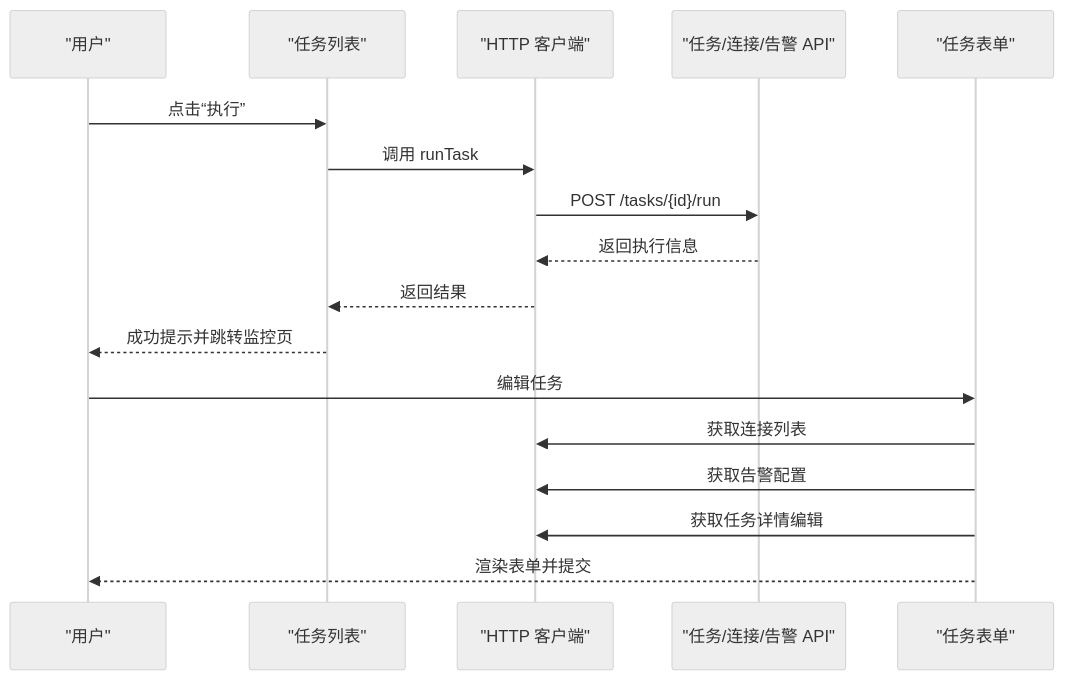
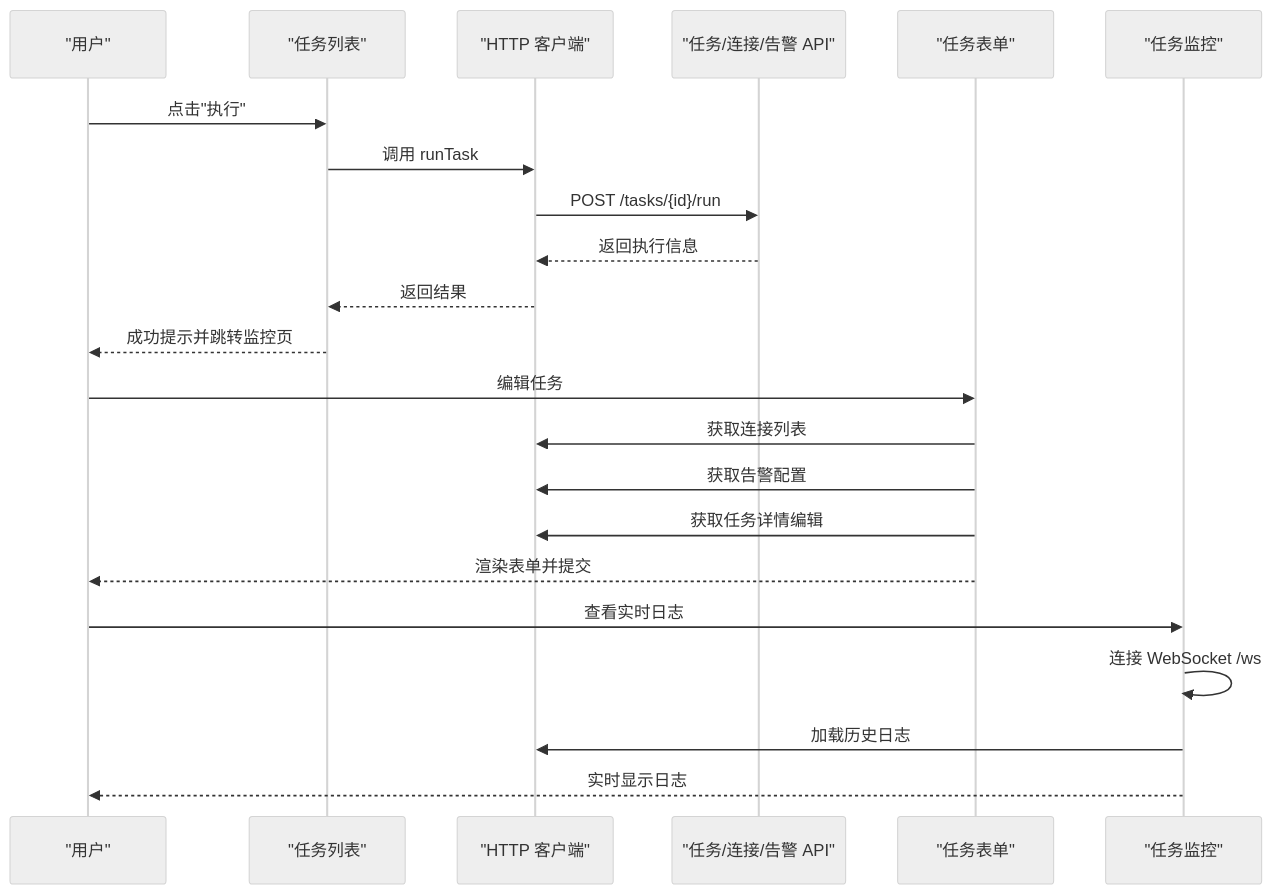
The sixth of 7 diagrams in .qoder/repowiki/zh/content/前端应用架构/前端应用架构.md (zzjxmy/mysql-risk-filed-check), drawn with Mermaid (neutral theme) before and after one commit. The commit also changed other lines of this file and 4 other files, not shown here.

````diff
--- a/.qoder/repowiki/zh/content/前端应用架构/前端应用架构.md
+++ b/.qoder/repowiki/zh/content/前端应用架构/前端应用架构.md
@@ -296,19 +323,24 @@
 ```mermaid
 sequenceDiagram
 participant U as "用户"
 participant TL as "任务列表"
 participant AX as "HTTP 客户端"
 participant API as "任务/连接/告警 API"
 participant TF as "任务表单"
-U->>TL : 点击“执行”
+participant TM as "任务监控"
+U->>TL : 点击"执行"
 TL->>AX : 调用 runTask
 AX->>API : POST /tasks/{id}/run
 API-->>AX : 返回执行信息
 AX-->>TL : 返回结果
 TL-->>U : 成功提示并跳转监控页
 U->>TF : 编辑任务
 TF->>AX : 获取连接列表
 TF->>AX : 获取告警配置
 TF->>AX : 获取任务详情编辑
 TF-->>U : 渲染表单并提交
+U->>TM : 查看实时日志
+TM->>TM : 连接 WebSocket /ws
+TM->>AX : 加载历史日志
+TM-->>U : 实时显示日志
 ```
````
